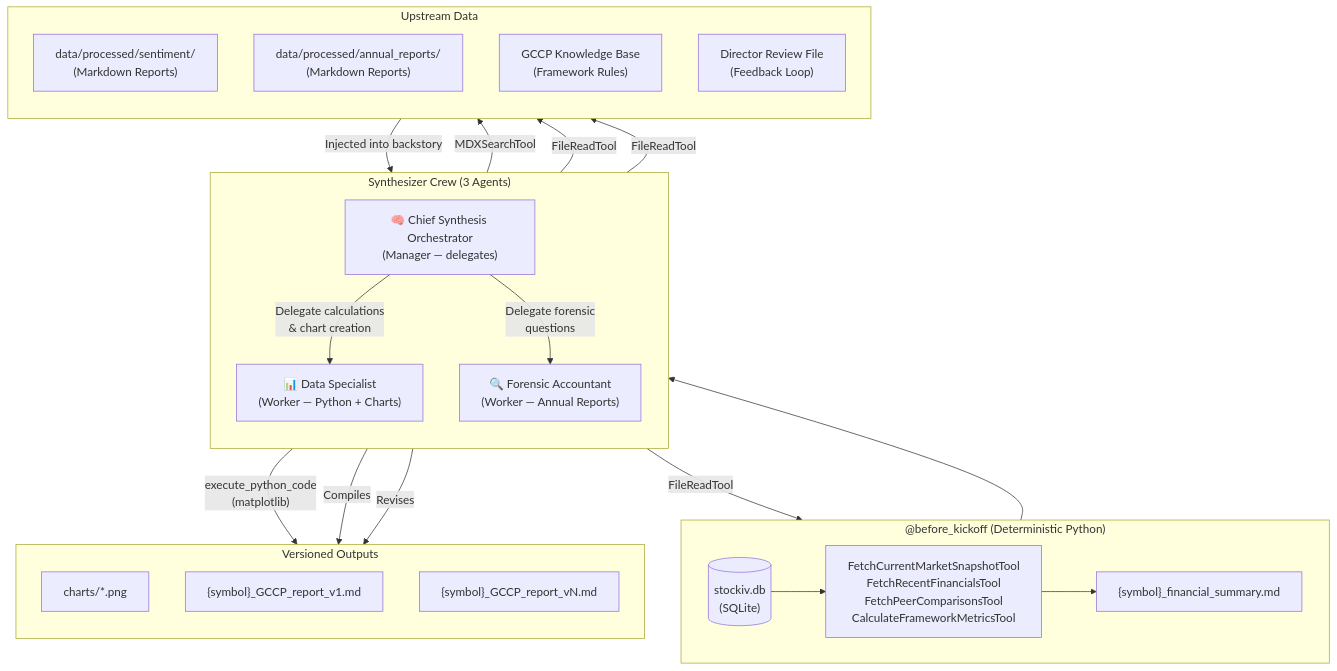
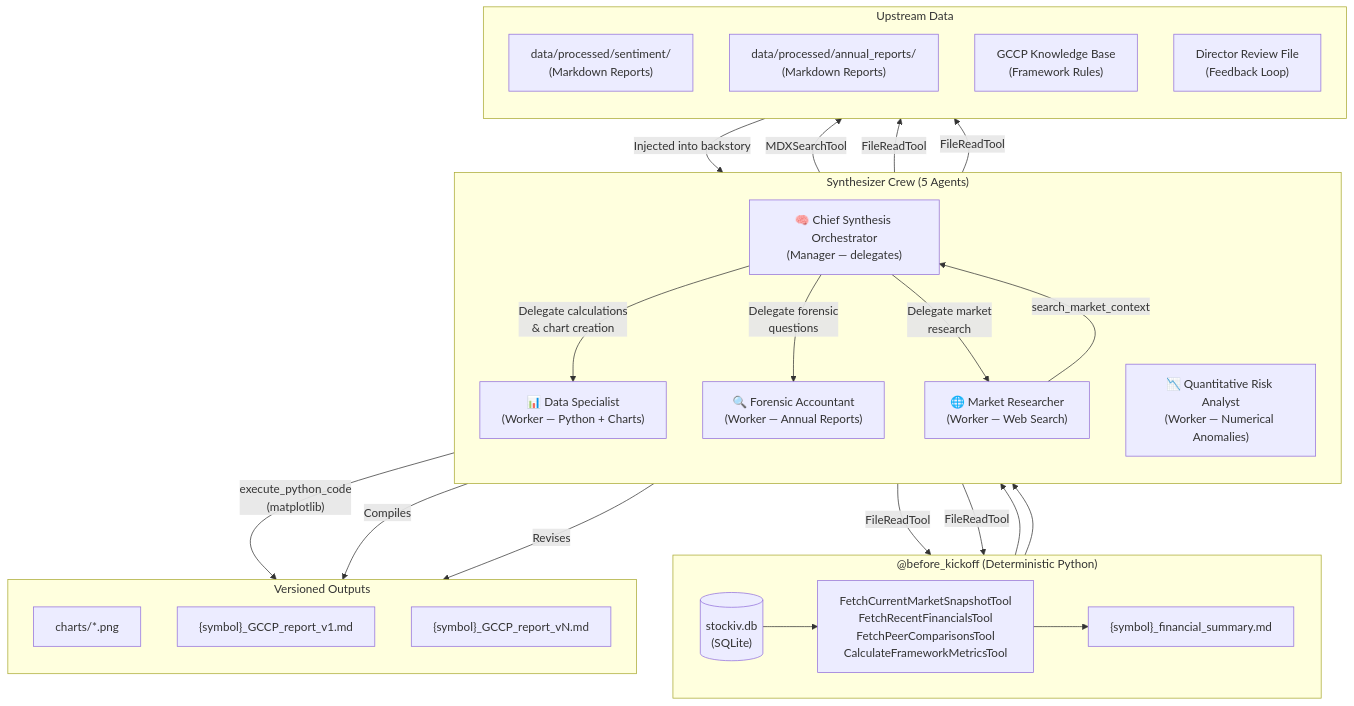
The first of 2 diagrams in src/stockiv/crews/synthesizer/README.md (tranbinhluat/stockiv-skill), drawn with Mermaid before and after one commit. The commit also changed other lines of this file and 23 other files, not shown here.

````diff
--- a/src/stockiv/crews/synthesizer/README.md
+++ b/src/stockiv/crews/synthesizer/README.md
@@ -11,48 +11,54 @@
 ```mermaid
 flowchart TD
     %% Pre-compilation
     subgraph PreCompile ["@before_kickoff (Deterministic Python)"]
         direction LR
         DB[("stockiv.db\n(SQLite)")] --> TOOLS["FetchCurrentMarketSnapshotTool\nFetchRecentFinancialsTool\nFetchPeerComparisonsTool\nCalculateFrameworkMetricsTool"]
         TOOLS --> BASELINE["{symbol}_financial_summary.md"]
     end
 
     %% Agents
-    subgraph Agents ["Synthesizer Crew (3 Agents)"]
+    subgraph Agents ["Synthesizer Crew (5 Agents)"]
         direction TB
         MGR["🧠 Chief Synthesis Orchestrator\n(Manager — delegates)"]
+        QRA["📉 Quantitative Risk Analyst\n(Worker — Numerical Anomalies)"]
         DS["📊 Data Specialist\n(Worker — Python + Charts)"]
         FA["🔍 Forensic Accountant\n(Worker — Annual Reports)"]
+        MR["🌐 Market Researcher\n(Worker — Web Search)"]
 
         MGR -- "Delegate calculations\n& chart creation" --> DS
         MGR -- "Delegate forensic\nquestions" --> FA
+        MGR -- "Delegate market\nresearch" --> MR
     end
 
     %% Inputs
     subgraph Inputs ["Upstream Data"]
         direction TB
         SENT["data/processed/sentiment/\n(Markdown Reports)"]
         AR["data/processed/annual_reports/\n(Markdown Reports)"]
         KB["GCCP Knowledge Base\n(Framework Rules)"]
         FB["Director Review File\n(Feedback Loop)"]
     end
 
     %% Outputs
     subgraph Outputs ["Versioned Outputs"]
         direction TB
         CHARTS["charts/*.png"]
         REPORT_V1["{symbol}_GCCP_report_v1.md"]
         REPORT_VN["{symbol}_GCCP_report_vN.md"]
     end
 
     %% Data Relationships
+    BASELINE --> QRA
     BASELINE --> MGR
+    QRA -- "FileReadTool" --> BASELINE
     DS -- "execute_python_code\n(matplotlib)" --> CHARTS
     DS -- "FileReadTool" --> BASELINE
     FA -- "MDXSearchTool" --> AR
+    MR -- "search_market_context" --> MGR
     MGR -- "FileReadTool" --> SENT
     MGR -- "FileReadTool" --> FB
     KB -- "Injected into backstory" --> MGR
     MGR -- "Compiles" --> REPORT_V1
     MGR -- "Revises" --> REPORT_VN
 ```
````
